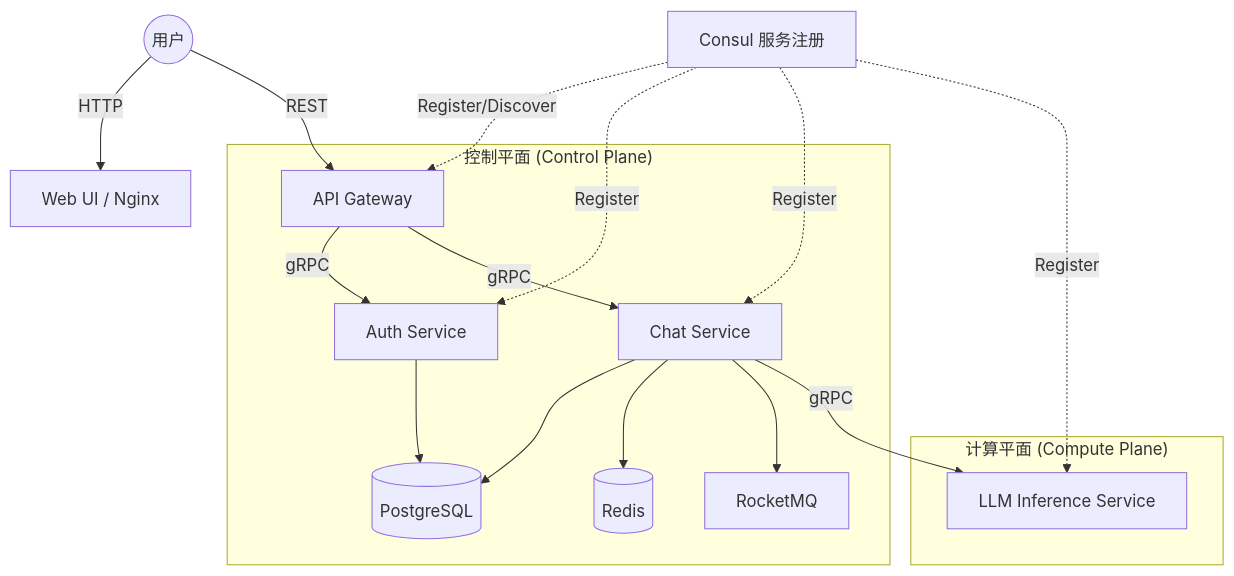
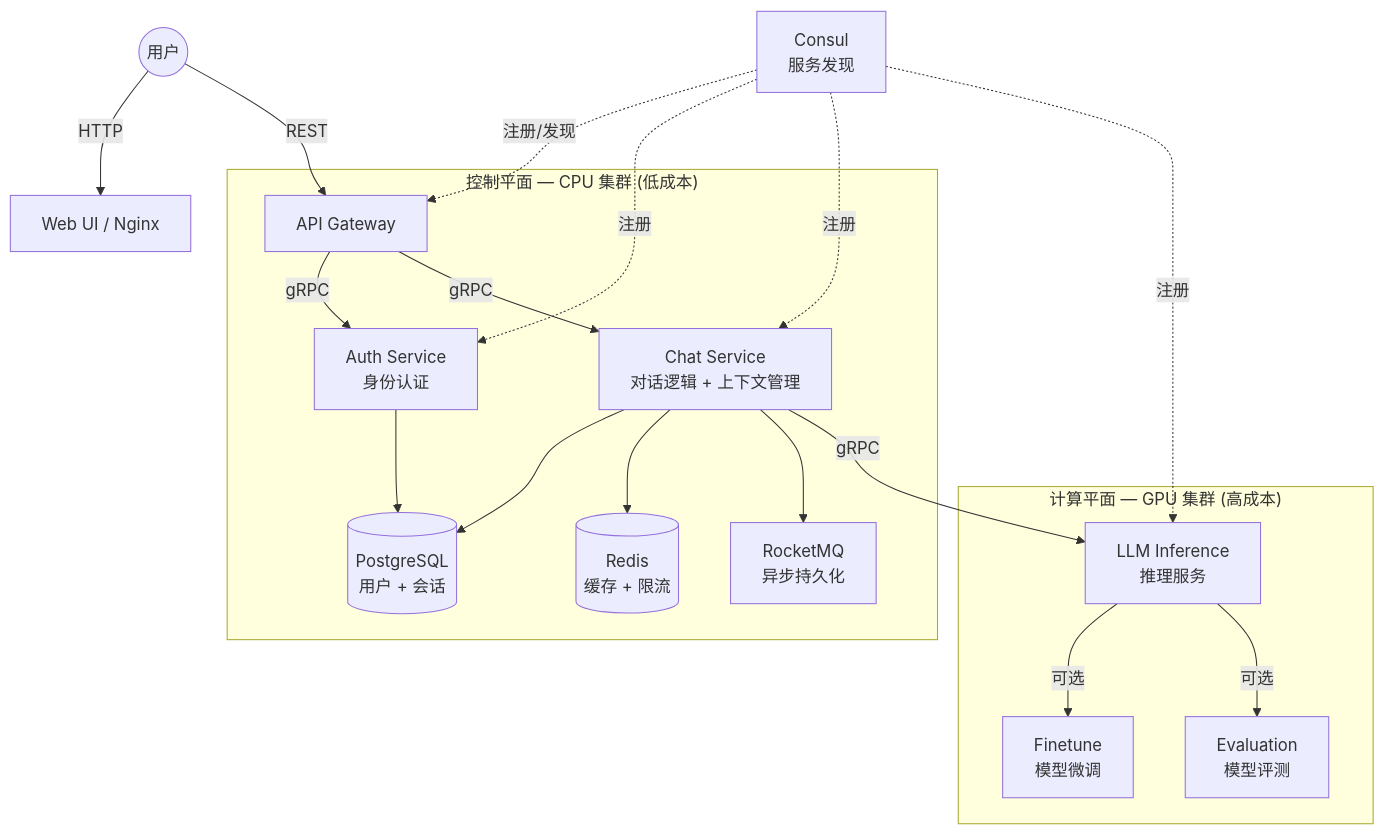
One commit to Einspanner123/free-chat changed the first of 3 diagrams in README_CN.md. Above: the diagram before and after it, drawn with Mermaid. The commit also changed other lines of this file and 1 other file, not shown here.

First line of the commit message:
docs: rewrite README from product and architecture perspective

````diff
--- a/README_CN.md
+++ b/README_CN.md
@@ -11,23 +22,25 @@
 ```mermaid
 graph TD
     User((用户)) -->|HTTP| WebUI[Web UI / Nginx]
     User -->|REST| Gateway[API Gateway]
     
-    subgraph "控制平面 (Control Plane)"
-        Gateway -->|gRPC| Auth[Auth Service]
-        Gateway -->|gRPC| Chat[Chat Service]
-        Auth --> DB[(PostgreSQL)]
+    subgraph "控制平面 — CPU 集群 (低成本)"
+        Gateway -->|gRPC| Auth[Auth Service<br/>身份认证]
+        Gateway -->|gRPC| Chat[Chat Service<br/>对话逻辑 + 上下文管理]
+        Auth --> DB[(PostgreSQL<br/>用户 + 会话)]
         Chat --> DB
-        Chat --> Redis[(Redis)]
-        Chat --> MQ[RocketMQ]
+        Chat --> Redis[(Redis<br/>缓存 + 限流)]
+        Chat --> MQ[RocketMQ<br/>异步持久化]
     end
     
-    subgraph "计算平面 (Compute Plane)"
-        Chat -->|gRPC| LLM[LLM Inference Service]
+    subgraph "计算平面 — GPU 集群 (高成本)"
+        Chat -->|gRPC| LLM[LLM Inference<br/>推理服务]
+        LLM -->|可选| Finetune[Finetune<br/>模型微调]
+        LLM -->|可选| Eval[Evaluation<br/>模型评测]
     end
     
-    Consul[Consul 服务注册] -.->|Register/Discover| Gateway
-    Consul -.->|Register| Auth
-    Consul -.->|Register| Chat
-    Consul -.->|Register| LLM
+    Consul[Consul<br/>服务发现] -.->|注册/发现| Gateway
+    Consul -.->|注册| Auth
+    Consul -.->|注册| Chat
+    Consul -.->|注册| LLM
 ```
````
